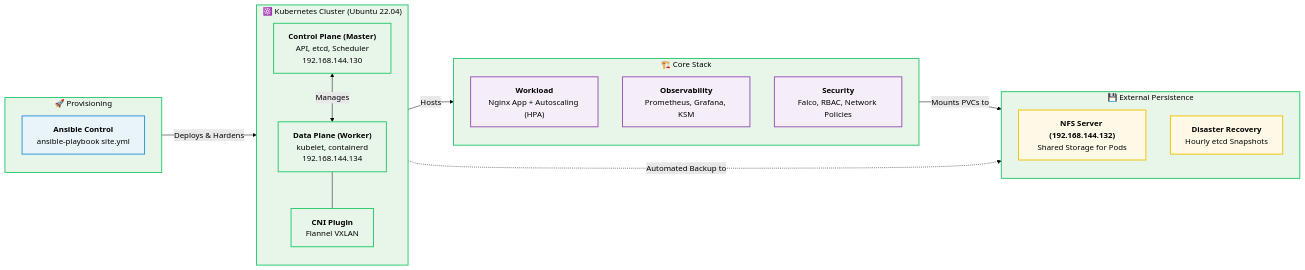
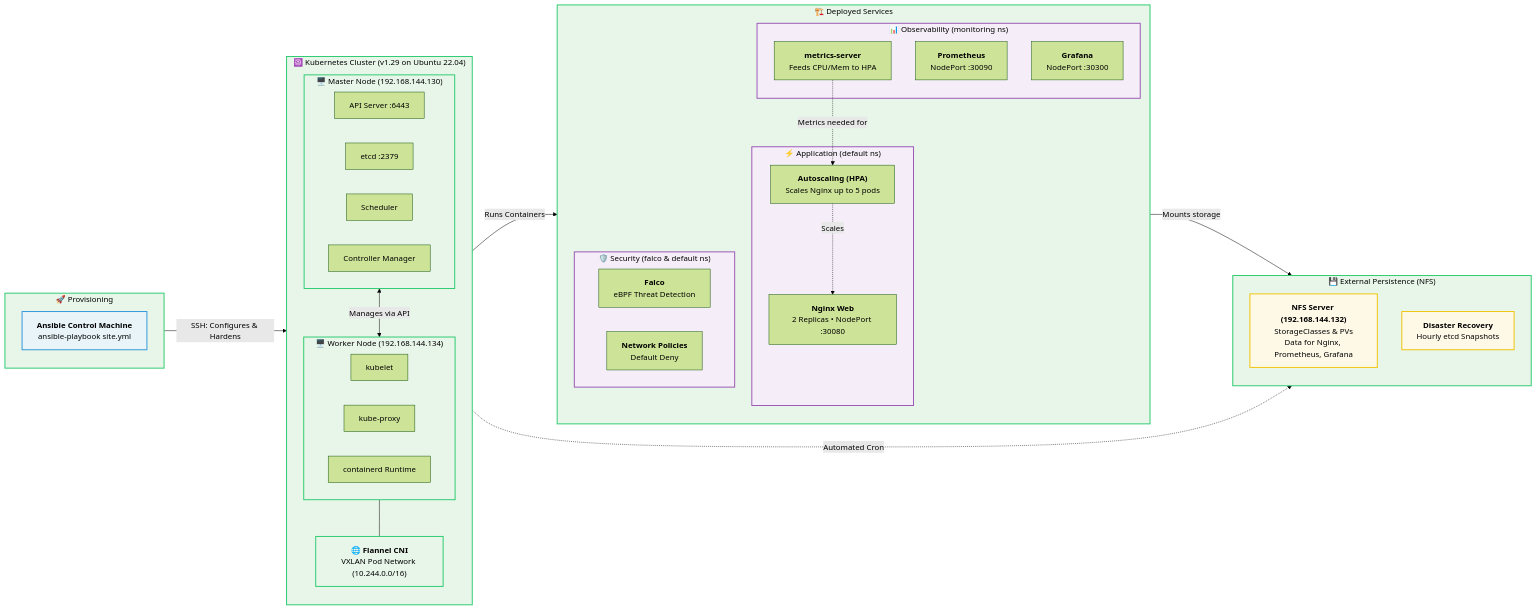
One commit to Electrov201/Kubernetes_Cdac_Project changed the first of 6 diagrams in README.md. Above: the diagram before and after it, drawn with Mermaid (forest theme).

````diff
--- a/README.md
+++ b/README.md
@@ -43,45 +43,77 @@
 ```mermaid
+
 graph LR
     subgraph PROV["🚀 Provisioning"]
         direction TB
-        ANS["<b>Ansible Control</b>\nansible-playbook site.yml"]
+        ANS["<b>Ansible Control Machine</b><br/>ansible-playbook site.yml"]
     end
 
-    subgraph CLUSTER["☸️ Kubernetes Cluster (Ubuntu 22.04)"]
+    subgraph CLUSTER["☸️ Kubernetes Cluster (v1.29 on Ubuntu 22.04)"]
         direction TB
-        CP["<b>Control Plane (Master)</b>\nAPI, etcd, Scheduler\n192.168.144.130"]
-        DP["<b>Data Plane (Worker)</b>\nkubelet, containerd\n192.168.144.134"]
-        NET["<b>CNI Plugin</b>\nFlannel VXLAN"]
+        subgraph CP["🖥️ Master Node (192.168.144.130)"]
+            API["API Server :6443"]
+            ETCD["etcd :2379"]
+            SCHED["Scheduler"]
+            CM["Controller Manager"]
+        end
         
-        CP <-->|"Manages"| DP
+        subgraph DP["🖥️ Worker Node (192.168.144.134)"]
+            KL["kubelet"]
+            KP["kube-proxy"]
+            CRT["containerd Runtime"]
+        end
+        
+        NET["🌐 <b>Flannel CNI</b><br/>VXLAN Pod Network (10.244.0.0/16)"]
+        
+        CP <-->|"Manages via API"| DP
         DP --- NET
     end
 
-    subgraph STACK["🏗️ Core Stack"]
+    subgraph STACK["🏗️ Deployed Services"]
         direction TB
-        APP["<b>Workload</b>\nNginx App + Autoscaling (HPA)"]
-        OBS["<b>Observability</b>\nPrometheus, Grafana, KSM"]
-        SEC["<b>Security</b>\nFalco, RBAC, Network Policies"]
+        subgraph APP["⚡ Application (default ns)"]
+            NGINX["<b>Nginx Web</b><br/>2 Replicas • NodePort :30080"]
+            HPA["<b>Autoscaling (HPA)</b><br/>Scales Nginx up to 5 pods"]
+        end
+        
+        subgraph OBS["📊 Observability (monitoring ns)"]
+            PROM["<b>Prometheus</b><br/>NodePort :30090"]
+            GRAF["<b>Grafana</b><br/>NodePort :30300"]
+            MS["<b>metrics-server</b><br/>Feeds CPU/Mem to HPA"]
+        end
+        
+        subgraph SEC["🛡️ Security (falco & default ns)"]
+            FALCO["<b>Falco</b><br/>eBPF Threat Detection"]
+            NP["<b>Network Policies</b><br/>Default Deny"]
+        end
     end
 
-    subgraph PERSIST["💾 External Persistence"]
+    subgraph PERSIST["💾 External Persistence (NFS)"]
         direction TB
-        NFS["<b>NFS Server (192.168.144.132)</b>\nShared Storage for Pods"]
-        BKP["<b>Disaster Recovery</b>\nHourly etcd Snapshots"]
+        NFS["<b>NFS Server (192.168.144.132)</b><br/>StorageClasses & PVs<br/>Data for Nginx, Prometheus, Grafana"]
+        BKP["<b>Disaster Recovery</b><br/>Hourly etcd Snapshots"]
     end
 
-    PROV -->|"Deploys & Hardens"| CLUSTER
-    CLUSTER -->|"Hosts"| STACK
-    STACK -->|"Mounts PVCs to"| NFS
-    CLUSTER -.->|"Automated Backup to"| BKP
+    PROV -->|"SSH: Configures & Hardens"| CLUSTER
+    CLUSTER -->|"Runs Containers"| STACK
+    STACK -->|"Mounts storage"| NFS
+    CLUSTER -.->|"Automated Cron"| BKP
+    
+    MS -.->|"Metrics needed for"| HPA
+    HPA -.->|"Scales"| NGINX
     
     classDef prov fill:#e8f4f8,stroke:#3498db,stroke-width:2px,color:#000
     classDef cluster fill:#e8f5e9,stroke:#2ecc71,stroke-width:2px,color:#000
+    classDef cp fill:#d5f5e3,stroke:#1e8449,stroke-width:1px,color:#000
+    classDef dp fill:#d5f5e3,stroke:#1e8449,stroke-width:1px,color:#000
     classDef stack fill:#f5eef8,stroke:#9b59b6,stroke-width:2px,color:#000
     classDef persist fill:#fef9e7,stroke:#f1c40f,stroke-width:2px,color:#000
 
     class ANS prov
+    class CP cp
+    class DP dp
     class CP,DP,NET cluster
     class APP,OBS,SEC stack
     class NFS,BKP persist
+
 ```
````
